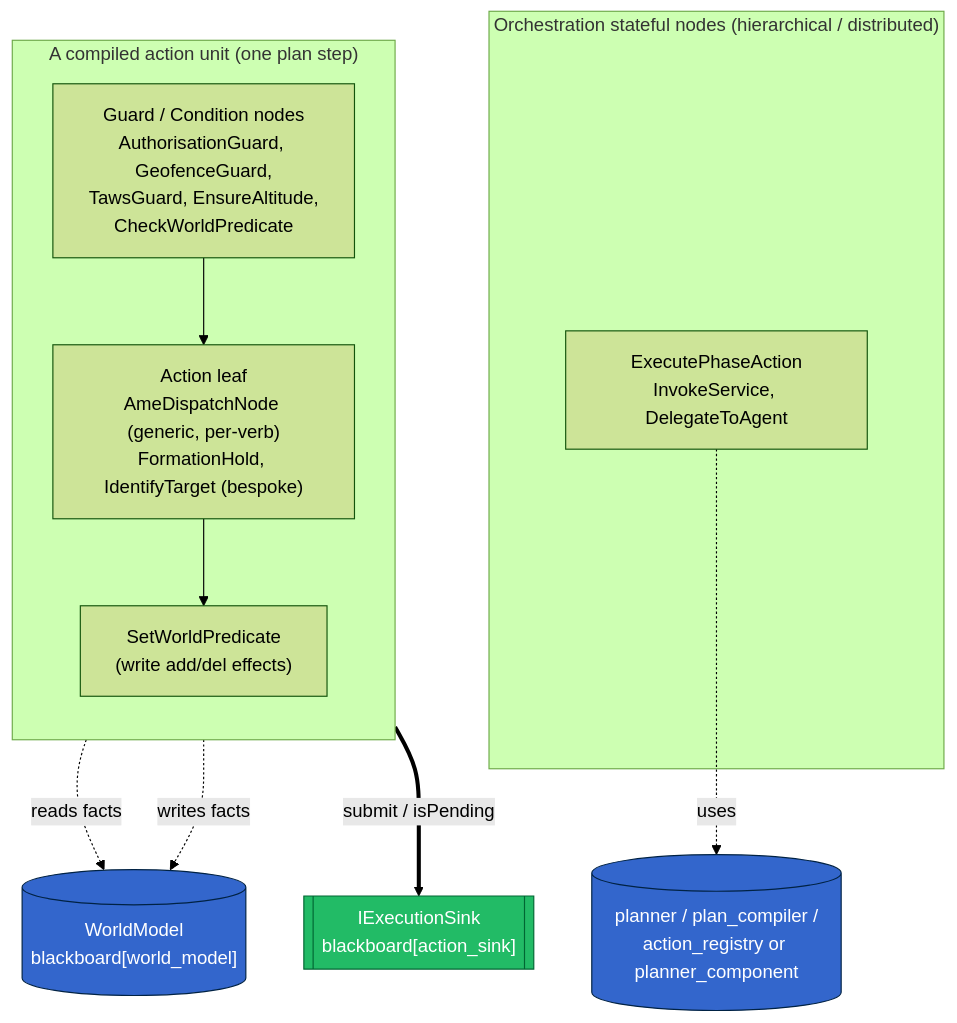
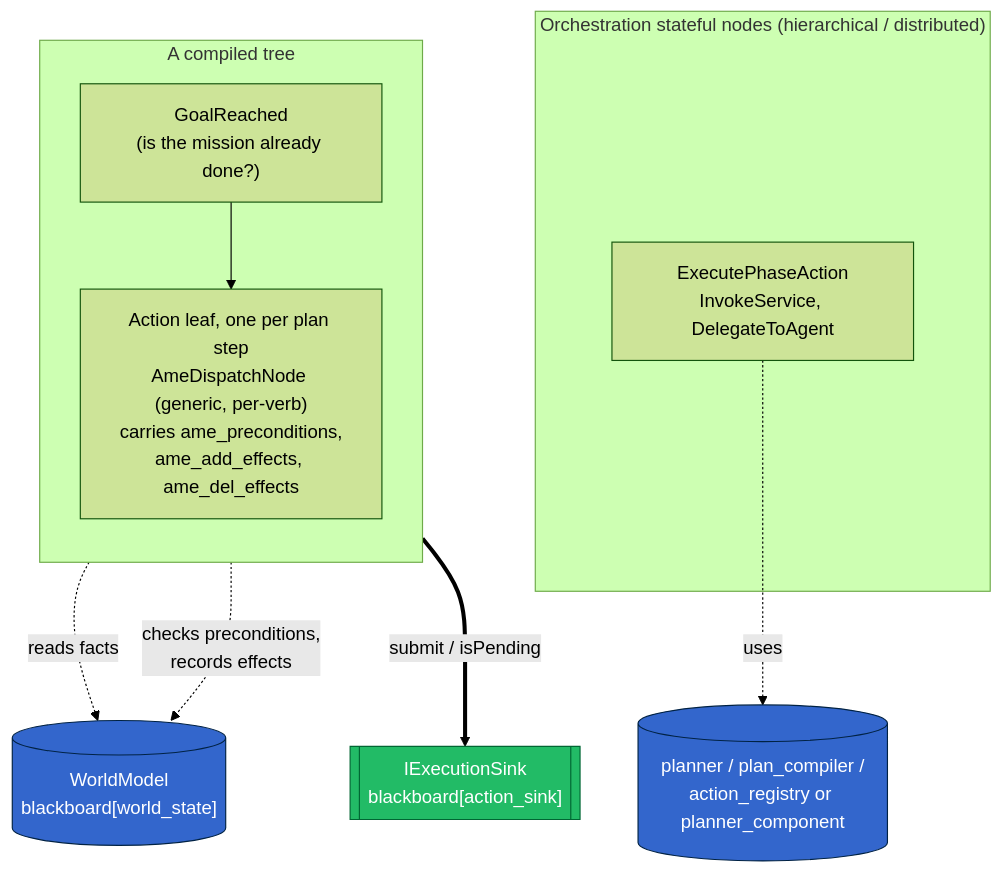
The second of 7 diagrams in subprojects/AME/doc/guides/long_running_action_integration.md (Ackoogin/mujin), drawn with Mermaid (forest theme) before and after one commit. The commit also changed other lines of this file and 3 other files, not shown here.

First line of the commit message:
Describe the tree the compiler actually emits, and the nodes that exist

````diff
--- a/subprojects/AME/doc/guides/long_running_action_integration.md
+++ b/subprojects/AME/doc/guides/long_running_action_integration.md
@@ -204,24 +227,23 @@
 ```mermaid
 flowchart TB
-    subgraph TREE["A compiled action unit (one plan step)"]
+    subgraph TREE["A compiled tree"]
         direction TB
-        G["Guard / Condition nodes<br/>AuthorisationGuard, GeofenceGuard,<br/>TawsGuard, EnsureAltitude,<br/>CheckWorldPredicate"]
-        A["Action leaf<br/>AmeDispatchNode (generic, per-verb)<br/>FormationHold, IdentifyTarget (bespoke)"]
-        S["SetWorldPredicate<br/>(write add/del effects)"]
-        G --> A --> S
+        GG["GoalReached<br/>(is the mission already done?)"]
+        A["Action leaf, one per plan step<br/>AmeDispatchNode (generic, per-verb)<br/>carries ame_preconditions,<br/>ame_add_effects, ame_del_effects"]
+        GG --> A
     end
 
-    G -.reads facts.-> WM[("WorldModel<br/>blackboard[world_model]")]
-    S -.writes facts.-> WM
+    GG -.reads facts.-> WM[("WorldModel<br/>blackboard[world_state]")]
+    A -.checks preconditions,<br/>records effects.-> WM
     A ==submit / isPending==> SINK[["IExecutionSink<br/>blackboard[action_sink]"]]
 
     subgraph ORCH["Orchestration stateful nodes (hierarchical / distributed)"]
         EPA["ExecutePhaseAction<br/>InvokeService, DelegateToAgent"]
     end
     EPA -.uses.-> PLN[("planner / plan_compiler /<br/>action_registry or planner_component")]
 
     classDef sink fill:#2b6,stroke:#063,color:#fff
     classDef wm fill:#36c,stroke:#024,color:#fff
     class SINK sink
     class WM,PLN wm
 ```
````
